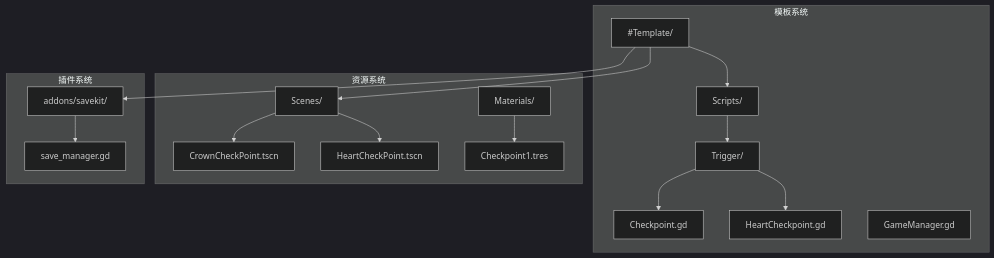
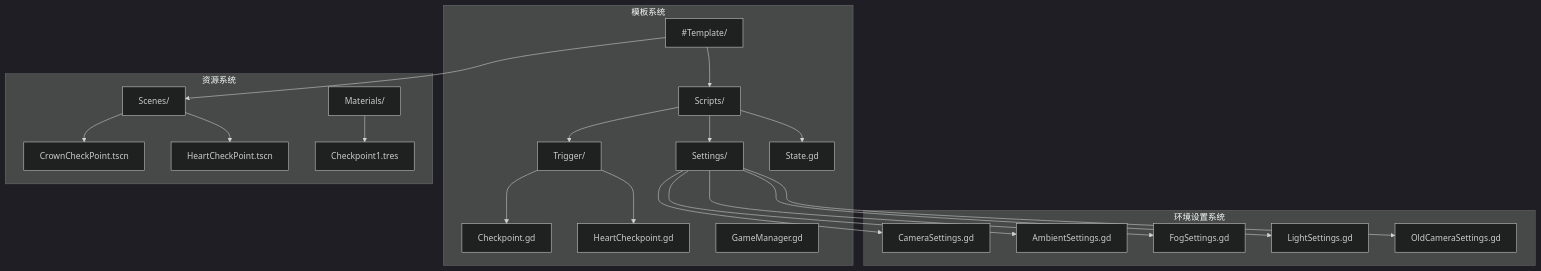
Before and after one commit to godotline/godot-line: the first of 5 diagrams in .qoder/repowiki/zh/content/游戏系统/触发器系统/检查点系统.md, drawn with Mermaid (dark theme). The commit also changed other lines of this file and 28 other files, not shown here.

````diff
--- a/.qoder/repowiki/zh/content/游戏系统/触发器系统/检查点系统.md
+++ b/.qoder/repowiki/zh/content/游戏系统/触发器系统/检查点系统.md
@@ -35,32 +49,42 @@
 ```mermaid
 graph TB
 subgraph "模板系统"
 TS["#Template/"]
 Scripts["Scripts/"]
 Trigger["Trigger/"]
+Settings["Settings/"]
 Checkpoint["Checkpoint.gd"]
 HeartCheckpoint["HeartCheckpoint.gd"]
 GameManager["GameManager.gd"]
+State["State.gd"]
+end
+subgraph "环境设置系统"
+CameraSettings["CameraSettings.gd"]
+AmbientSettings["AmbientSettings.gd"]
+FogSettings["FogSettings.gd"]
+LightSettings["LightSettings.gd"]
+OldCameraSettings["OldCameraSettings.gd"]
 end
 subgraph "资源系统"
 Scenes["Scenes/"]
 CrownScene["CrownCheckPoint.tscn"]
 HeartScene["HeartCheckPoint.tscn"]
 Materials["Materials/"]
 CheckpointMat["Checkpoint1.tres"]
 end
-subgraph "插件系统"
-SaveKit["addons/savekit/"]
-SaveManager["save_manager.gd"]
-end
 TS --> Scripts
 TS --> Scenes
 Scripts --> Trigger
+Scripts --> Settings
+Scripts --> State
 Trigger --> Checkpoint
 Trigger --> HeartCheckpoint
+Settings --> CameraSettings
+Settings --> AmbientSettings
+Settings --> FogSettings
+Settings --> LightSettings
+Settings --> OldCameraSettings
 Scenes --> CrownScene
 Scenes --> HeartScene
 Materials --> CheckpointMat
-TS --> SaveKit
-SaveKit --> SaveManager
 ```
````
